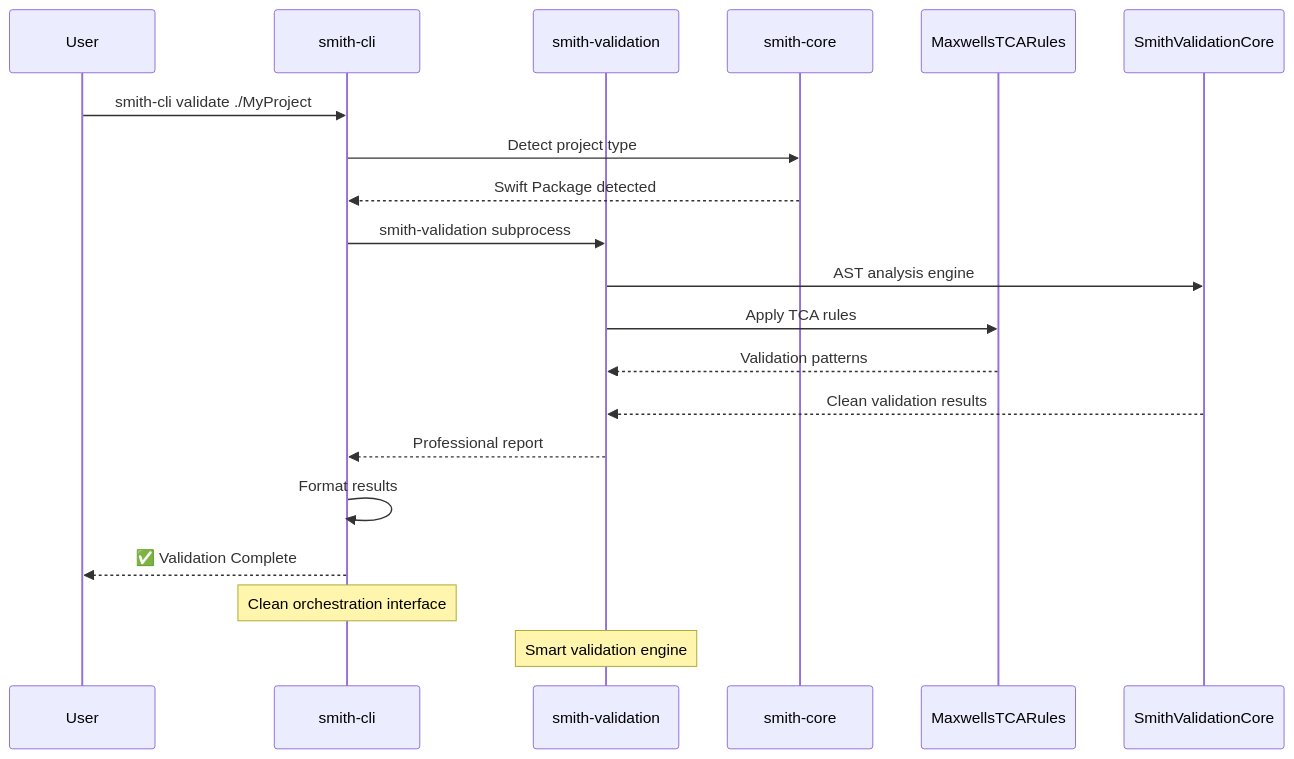
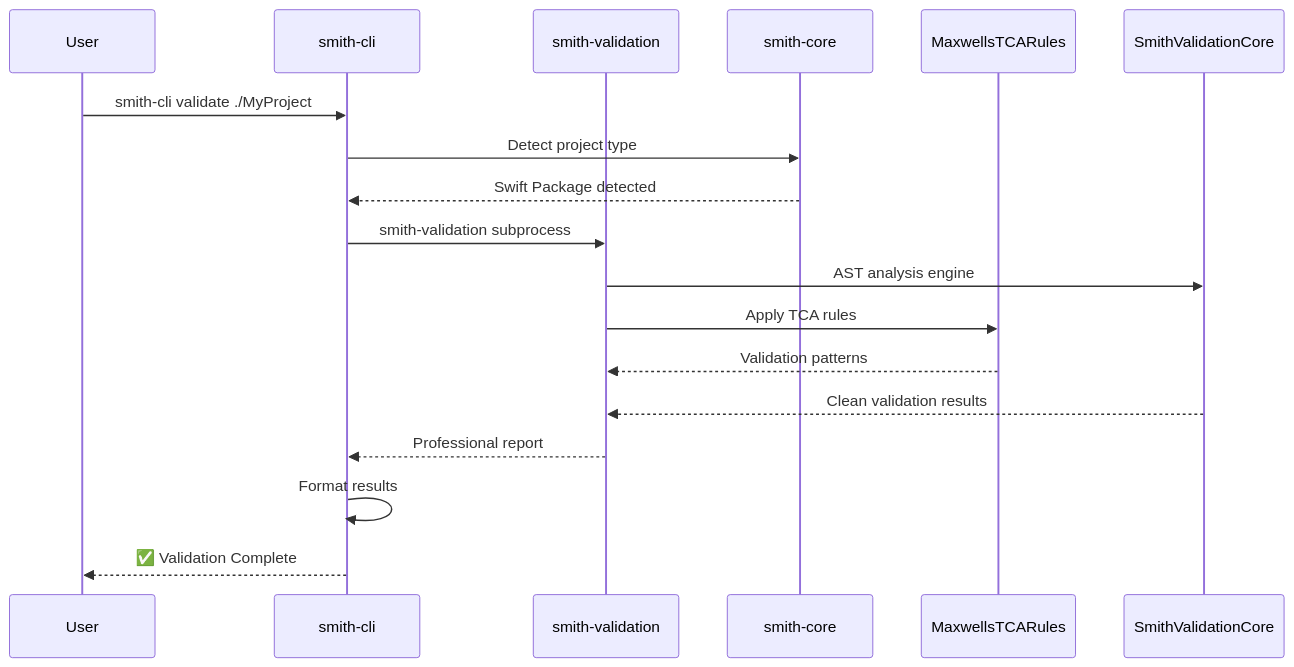
Before and after one commit to Smith-Tools/.github: the diagram in profile/README.md, drawn with Mermaid. The commit also changed other lines of this file, not shown here.

````diff
--- a/profile/README.md
+++ b/profile/README.md
@@ -98,26 +86,23 @@
 ```mermaid
 sequenceDiagram
     participant U as User
     participant S as smith-cli
     participant V as smith-validation
     participant C as smith-core
     participant T as MaxwellsTCARules
     participant A as SmithValidationCore
 
     U->>S: smith-cli validate ./MyProject
     S->>C: Detect project type
     C-->>S: Swift Package detected
 
     S->>V: smith-validation subprocess
     V->>A: AST analysis engine
     V->>T: Apply TCA rules
     T-->>V: Validation patterns
     A-->>V: Clean validation results
     V-->>S: Professional report
 
     S->>S: Format results
     S-->>U: ✅ Validation Complete
-
-    Note over S: Clean orchestration interface
-    Note over V: Smart validation engine
 ```
````
